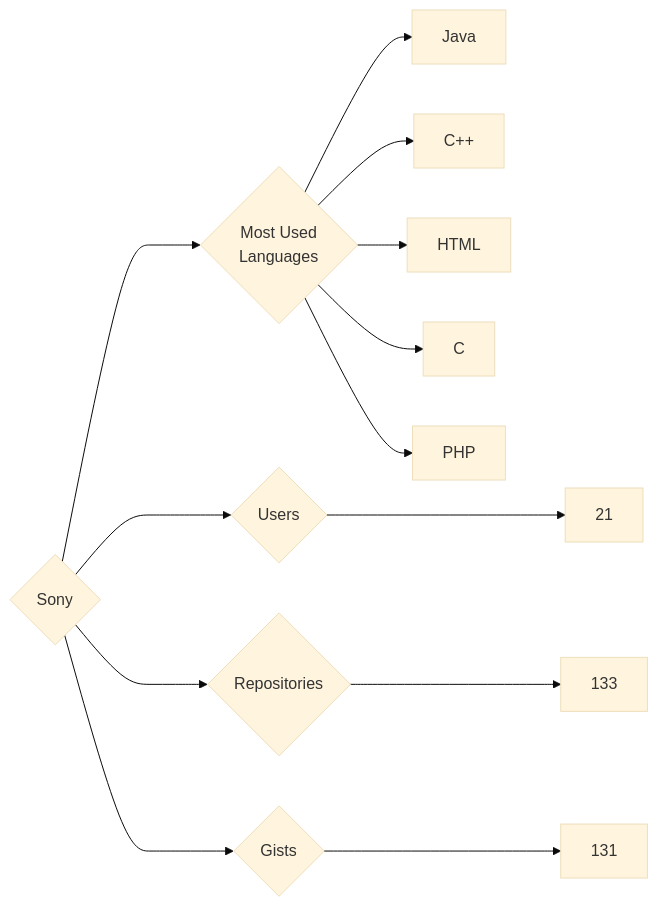
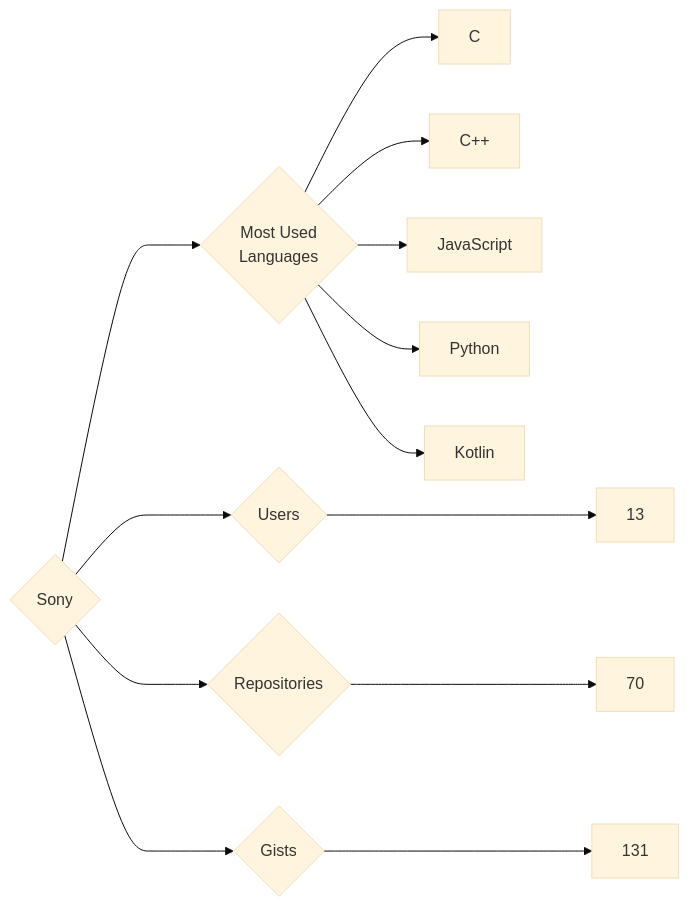
Before and after one commit to trickest/insiders: the diagram in targets/Sony/README.md, drawn with Mermaid (base theme). The commit also changed 964 other files, not shown here.

````diff
--- a/targets/Sony/README.md
+++ b/targets/Sony/README.md
@@ -3,13 +3,13 @@
 ```mermaid
 graph LR
 COMPANY_NAME{Sony}
-COMPANY_NAME ---> U{Users} ---> UN[21]
-COMPANY_NAME ---> R{Repositories} ---> RN[133]
+COMPANY_NAME ---> U{Users} ---> UN[13]
+COMPANY_NAME ---> R{Repositories} ---> RN[70]
 COMPANY_NAME ---> G{Gists} ---> GN[131]
 COMPANY_NAME ---> ML{Most Used<br>Languages}
-ML --> Java[Java]
+ML --> C[C]
 ML --> C++[C++]
-ML --> HTML[HTML]
-ML --> C[C]
-ML --> PHP[PHP]
+ML --> JavaScript[JavaScript]
+ML --> Python[Python]
+ML --> Kotlin[Kotlin]
 ```
````
